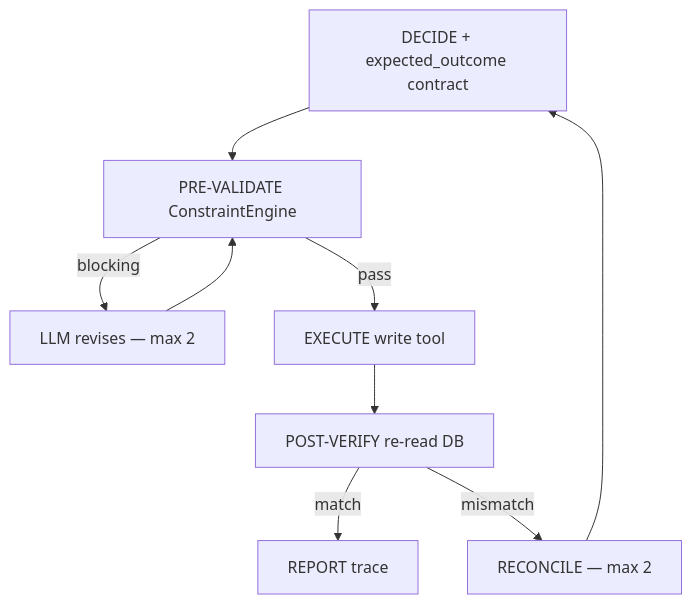
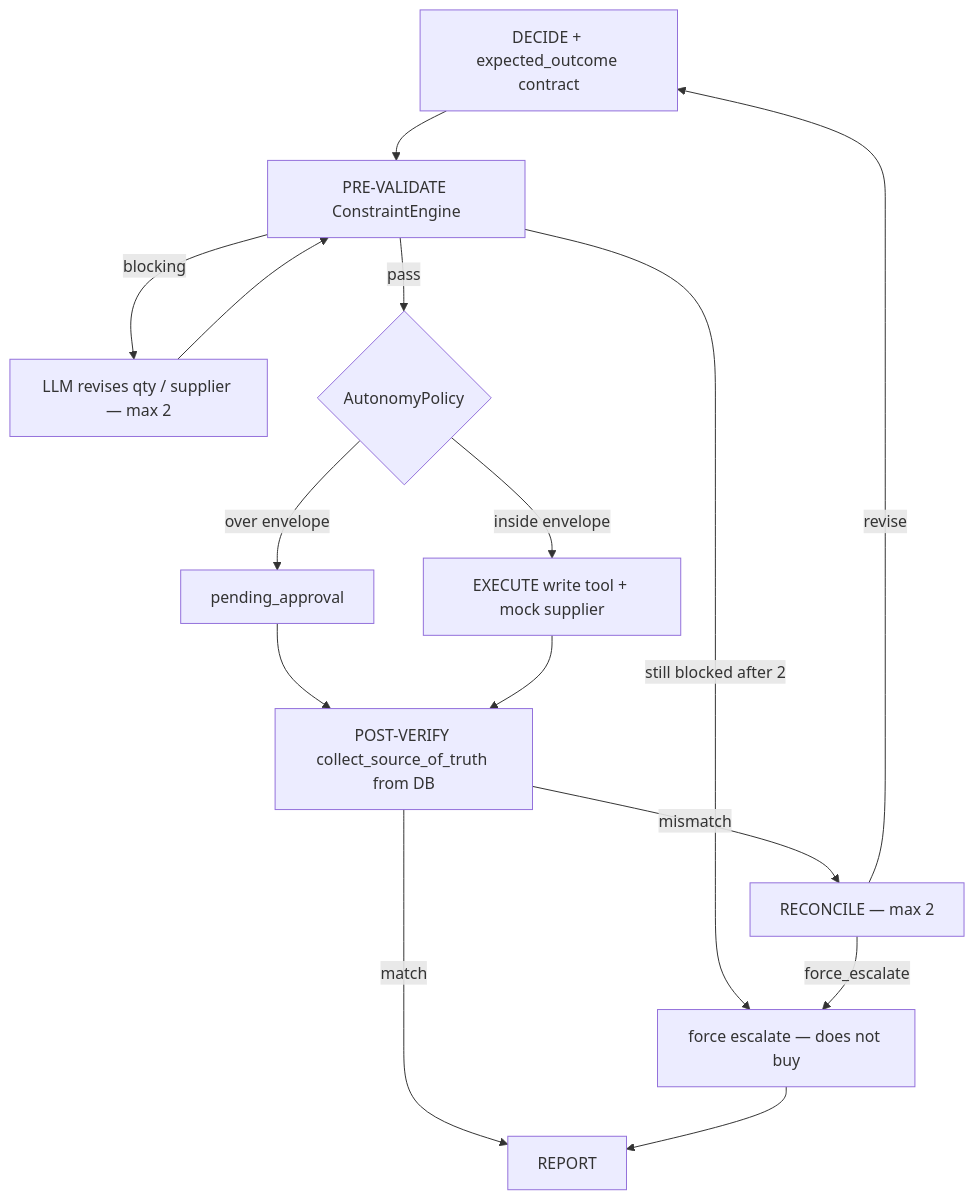
Before and after one commit to saumyakri28/AIpurchasingagentv-1: the third of 6 diagrams in docs/architecture.md, drawn with Mermaid. The commit also changed other lines of this file and 5 other files, not shown here.

Commit message:
docs: README, architecture diagrams and validation approach

````diff
--- a/docs/architecture.md
+++ b/docs/architecture.md
@@ -21,11 +92,17 @@
 ```mermaid
 flowchart TD
-  Decide[DECIDE + expected_outcome contract] --> Pre[PRE-VALIDATE ConstraintEngine]
-  Pre -->|blocking| Revise[LLM revises — max 2]
+  Decide["DECIDE + expected_outcome contract"] --> Pre["PRE-VALIDATE ConstraintEngine"]
+  Pre -->|blocking| Revise["LLM revises qty / supplier — max 2"]
   Revise --> Pre
-  Pre -->|pass| Exec[EXECUTE write tool]
-  Exec --> Post[POST-VERIFY re-read DB]
-  Post -->|match| Report[REPORT trace]
-  Post -->|mismatch| Recon[RECONCILE — max 2]
-  Recon --> Decide
+  Pre -->|still blocked after 2| ForceEsc[force escalate — does not buy]
+  Pre -->|pass| Policy{AutonomyPolicy}
+  Policy -->|over envelope| Park[pending_approval]
+  Policy -->|inside envelope| Exec["EXECUTE write tool + mock supplier"]
+  Park --> Post
+  Exec --> Post["POST-VERIFY collect_source_of_truth from DB"]
+  Post -->|match| Report[REPORT]
+  Post -->|mismatch| Recon["RECONCILE — max 2"]
+  Recon -->|revise| Decide
+  Recon -->|force_escalate| ForceEsc
+  ForceEsc --> Report
 ```
````
